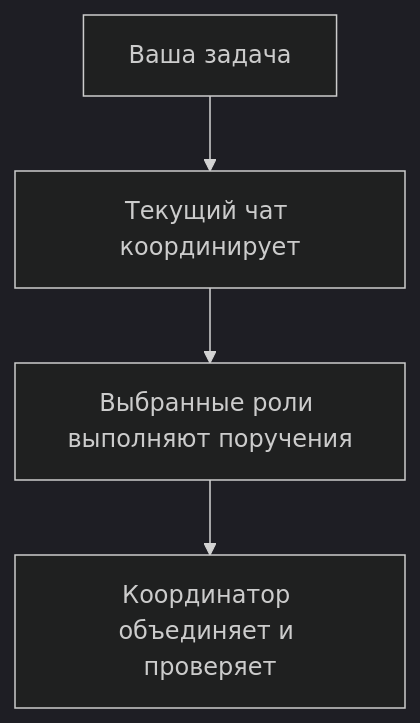
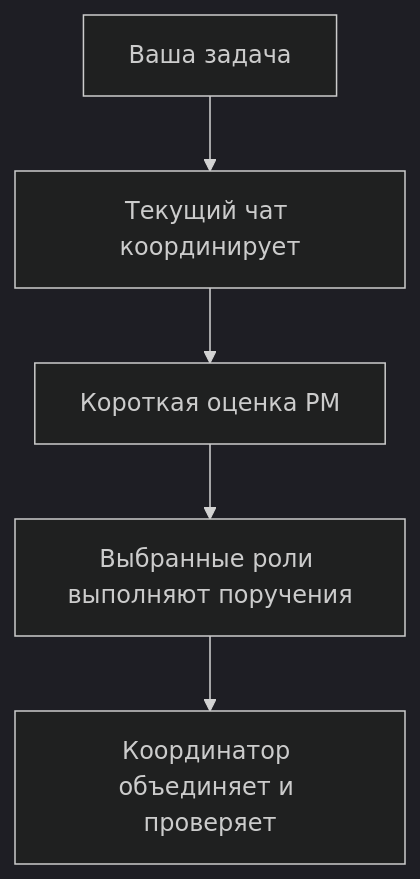
One commit to pnetcloud/plex-ai changed the diagram in docs/translations/ru/README.md. Above: the diagram before and after it, drawn with Mermaid (dark theme). The commit also changed other lines of this file and 33 other files, not shown here.

````diff
--- a/docs/translations/ru/README.md
+++ b/docs/translations/ru/README.md
@@ -50,6 +50,7 @@
 ```mermaid
 flowchart TD
     A[Ваша задача] --> B[Текущий чат координирует]
-    B --> C[Выбранные роли выполняют поручения]
+    B --> P[Короткая оценка PM]
+    P --> C[Выбранные роли выполняют поручения]
     C --> D[Координатор объединяет и проверяет]
 ```
````
